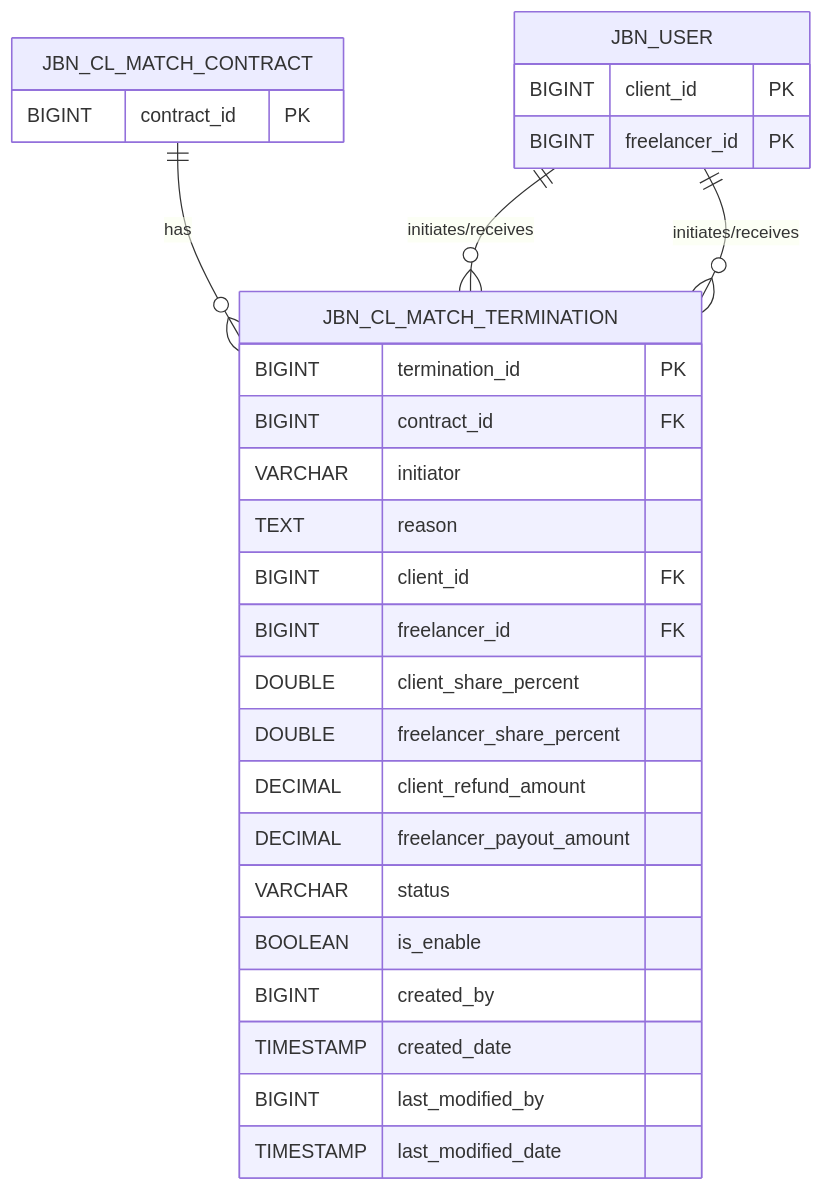
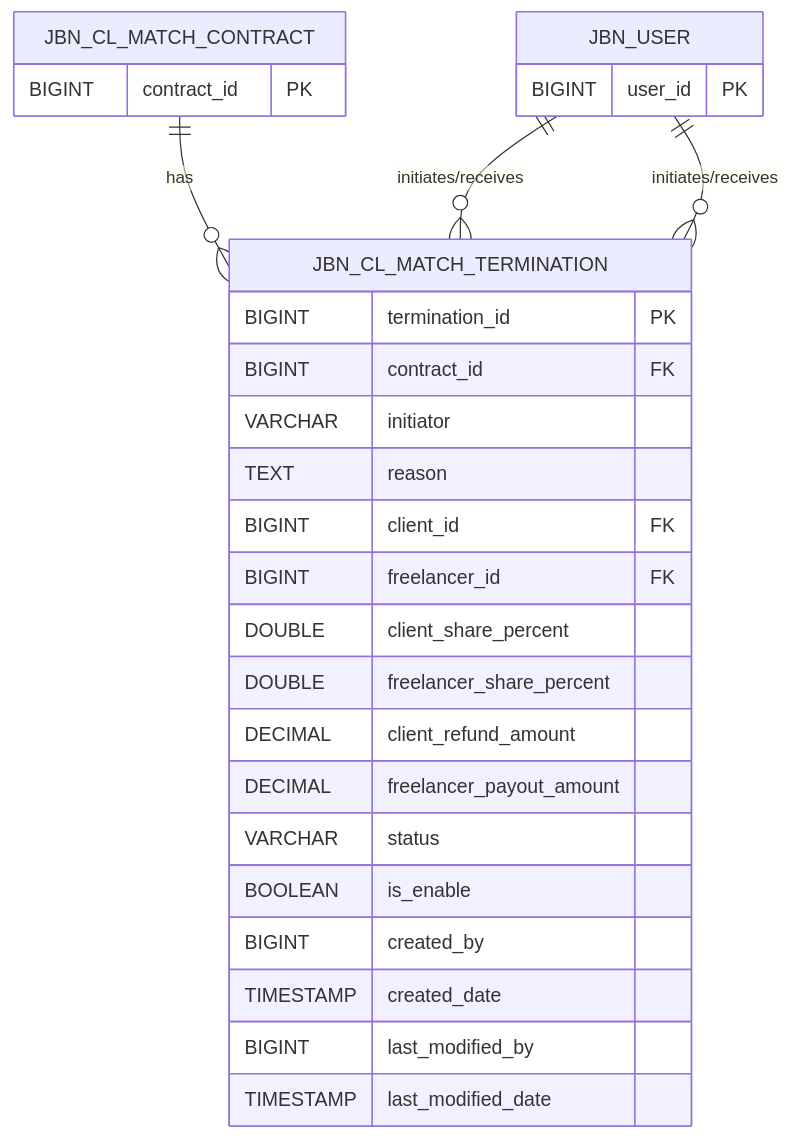
Before and after one commit to thanthtooaung-coding/deploy-fineract-script: the diagram in jbn_cl_match_termination_tbl_structure.md, drawn with Mermaid.

Commit message:
Modify JBN_USER table structure
Updated JBN_USER table structure to use user_id as primary key and removed freelancer_id.

````diff
--- a/jbn_cl_match_termination_tbl_structure.md
+++ b/jbn_cl_match_termination_tbl_structure.md
@@ -3,38 +3,34 @@
 ```mermaid
 erDiagram
 
     JBN_CL_MATCH_TERMINATION {
         BIGINT termination_id PK
         BIGINT contract_id FK
         VARCHAR initiator
         TEXT reason
         BIGINT client_id FK
         BIGINT freelancer_id FK
         DOUBLE client_share_percent
         DOUBLE freelancer_share_percent
         DECIMAL client_refund_amount
         DECIMAL freelancer_payout_amount
         VARCHAR status
         BOOLEAN is_enable
         BIGINT created_by
         TIMESTAMP created_date
         BIGINT last_modified_by
         TIMESTAMP last_modified_date
     }
 
     JBN_CL_MATCH_CONTRACT {
         BIGINT contract_id PK
     }
 
     JBN_USER {
-        BIGINT client_id PK
-    }
-
-    JBN_USER {
-        BIGINT freelancer_id PK
+        BIGINT user_id PK
     }
 
     JBN_CL_MATCH_CONTRACT ||--o{ JBN_CL_MATCH_TERMINATION : "has"
     JBN_USER ||--o{ JBN_CL_MATCH_TERMINATION : "initiates/receives"
     JBN_USER ||--o{ JBN_CL_MATCH_TERMINATION : "initiates/receives"
 ```
````
